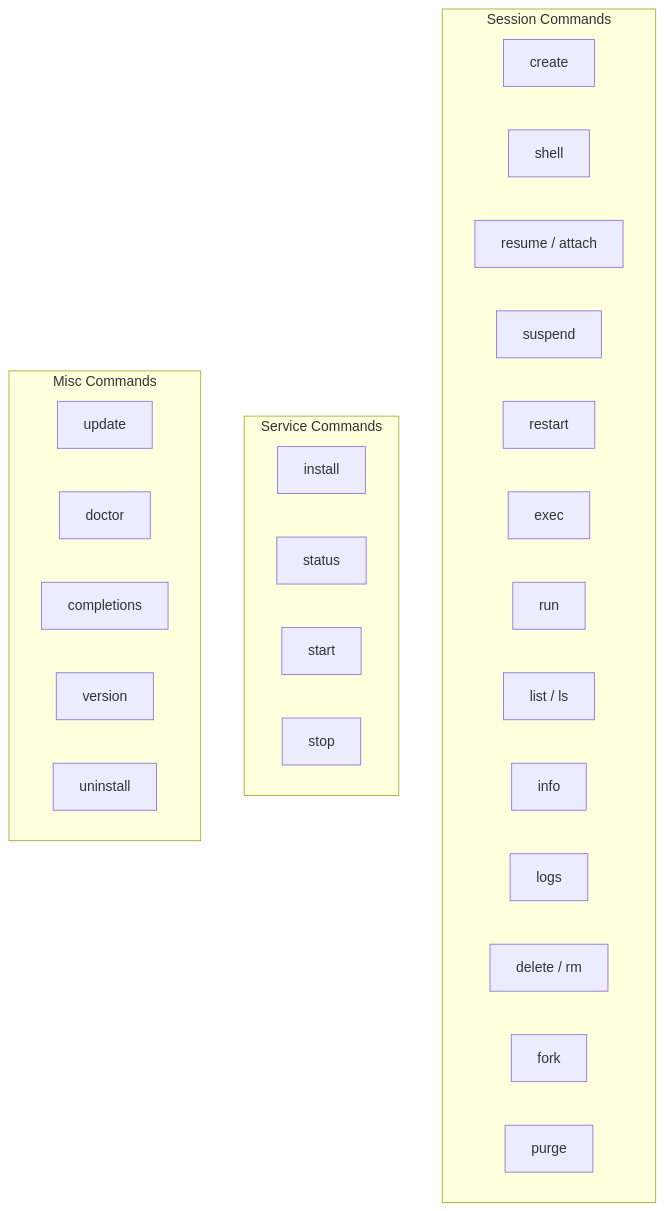
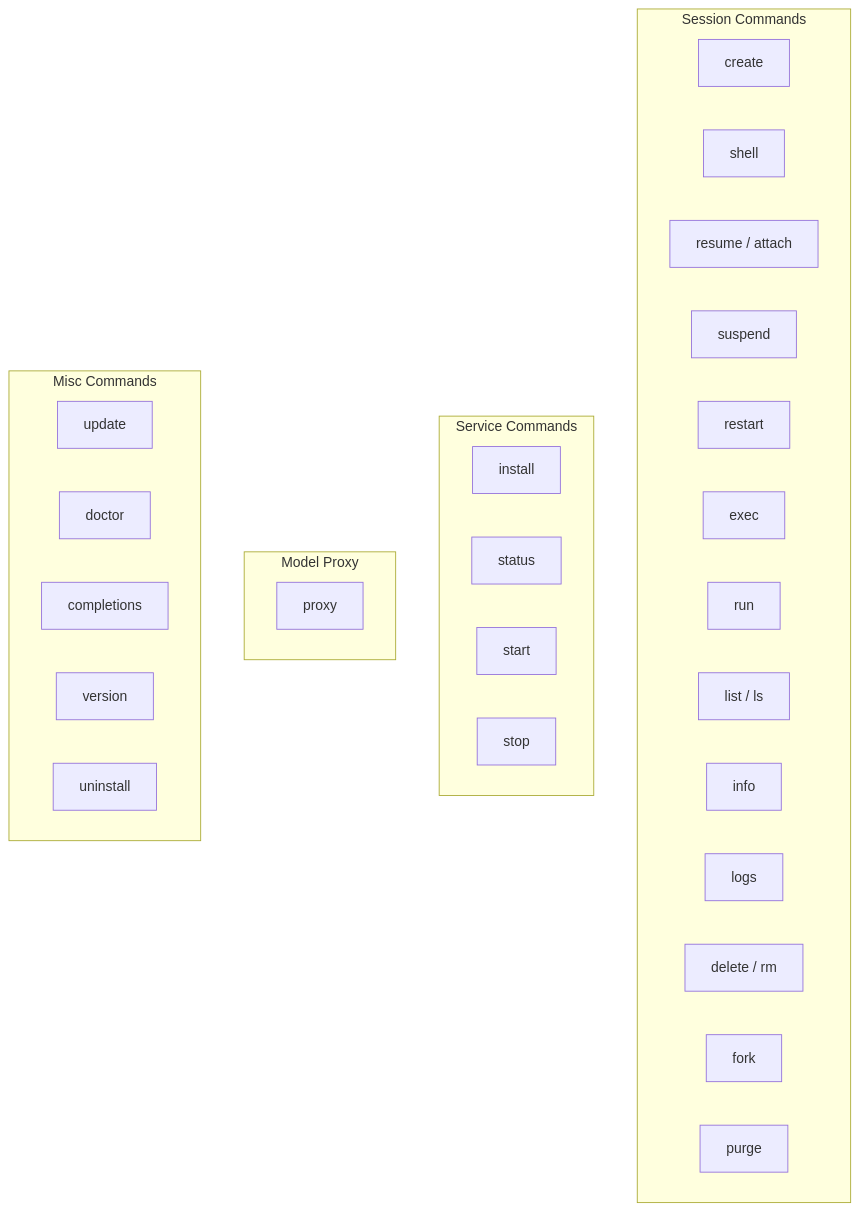
The first of 2 diagrams in web/docs/src/content/docs/usage/cli.md (google/capsem), drawn with Mermaid before and after one commit. The commit also changed other lines of this file and 9 other files, not shown here.

Commit message:
docs(architecture): document confined host workers

````diff
--- a/web/docs/src/content/docs/usage/cli.md
+++ b/web/docs/src/content/docs/usage/cli.md
@@ -12,33 +12,37 @@
 ```mermaid
 graph TD
     subgraph "Session Commands"
         CREATE["create"]
         SHELL["shell"]
         RESUME["resume / attach"]
         SUSPEND["suspend"]
         RESTART["restart"]
         EXEC["exec"]
         RUN["run"]
         LIST["list / ls"]
         INFO["info"]
         LOGS["logs"]
         DELETE["delete / rm"]
         FORK["fork"]
         PURGE["purge"]
     end
 
     subgraph "Service Commands"
         INSTALL["install"]
         STATUS["status"]
         START["start"]
         STOP["stop"]
     end
 
+    subgraph "Model Proxy"
+        PROXY["proxy"]
+    end
+
     subgraph "Misc Commands"
         UPDATE["update"]
         DOCTOR["doctor"]
         COMPLETIONS["completions"]
         VERSION["version"]
         UNINSTALL["uninstall"]
     end
 ```
````
